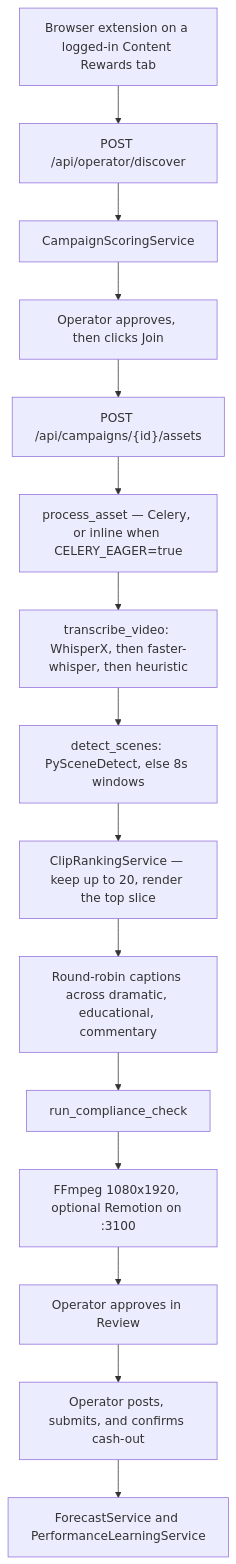
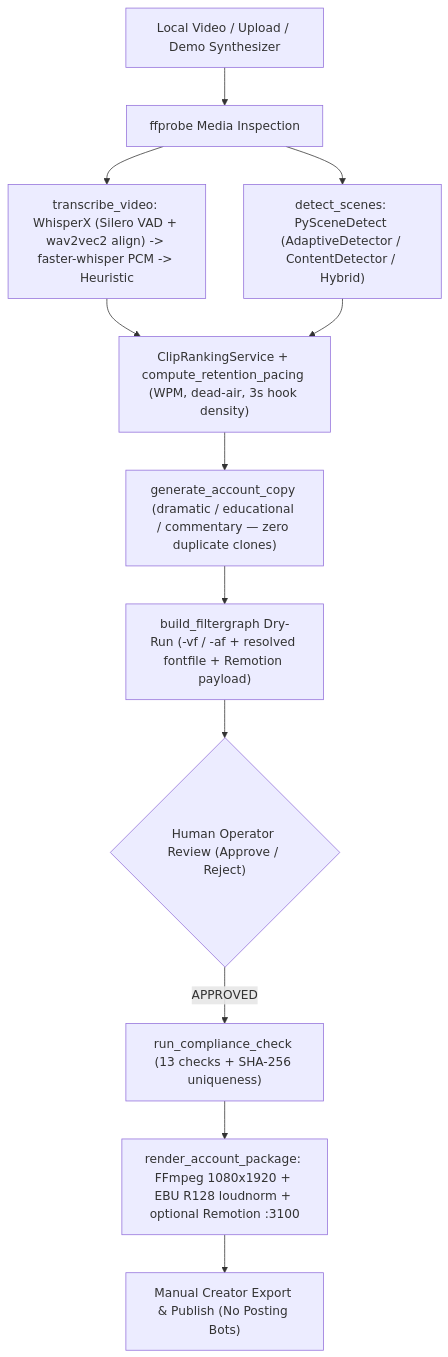
Before and after one commit to Anwarito-lbd/clipops: the diagram in README.md, drawn with Mermaid. The commit also changed other lines of this file and 49 other files, not shown here.

Commit message:
Add local Operator Studio UI/CLI, zero-orphan Obsidian brain, logo & walkthrough proof

````diff
--- a/README.md
+++ b/README.md
@@ -9,17 +33,14 @@
 ```mermaid
 flowchart TD
-  ext["Browser extension on a logged-in Content Rewards tab"] --> discover["POST /api/operator/discover"]
-  discover --> camp["CampaignScoringService"]
-  camp --> humanJoin["Operator approves, then clicks Join"]
-  humanJoin --> upload["POST /api/campaigns/{id}/assets"]
-  upload --> task["process_asset — Celery, or inline when CELERY_EAGER=true"]
-  task --> asr["transcribe_video: WhisperX, then faster-whisper, then heuristic"]
-  asr --> scenes["detect_scenes: PySceneDetect, else 8s windows"]
-  scenes --> rank["ClipRankingService — keep up to 20, render the top slice"]
-  rank --> copy["Round-robin captions across dramatic, educational, commentary"]
-  copy --> comply["run_compliance_check"]
-  comply --> render["FFmpeg 1080x1920, optional Remotion on :3100"]
-  render --> review["Operator approves in Review"]
-  review --> post["Operator posts, submits, and confirms cash-out"]
-  post --> learn["ForecastService and PerformanceLearningService"]
+  src["Local Video / Upload / Demo Synthesizer"] --> probe["ffprobe Media Inspection"]
+  probe --> asr["transcribe_video: WhisperX (Silero VAD + wav2vec2 align) -> faster-whisper PCM -> Heuristic"]
+  probe --> sc["detect_scenes: PySceneDetect (AdaptiveDetector / ContentDetector / Hybrid)"]
+  asr --> rank["ClipRankingService + compute_retention_pacing (WPM, dead-air, 3s hook density)"]
+  sc --> rank
+  rank --> copy["generate_account_copy (dramatic / educational / commentary — zero duplicate clones)"]
+  copy --> dry["build_filtergraph Dry-Run (-vf / -af + resolved fontfile + Remotion payload)"]
+  dry --> gate{"Human Operator Review (Approve / Reject)"}
+  gate -->|"APPROVED"| comply["run_compliance_check (13 checks + SHA-256 uniqueness)"]
+  comply --> render["render_account_package: FFmpeg 1080x1920 + EBU R128 loudnorm + optional Remotion :3100"]
+  render --> manual["Manual Creator Export & Publish (No Posting Bots)"]
 ```
````
